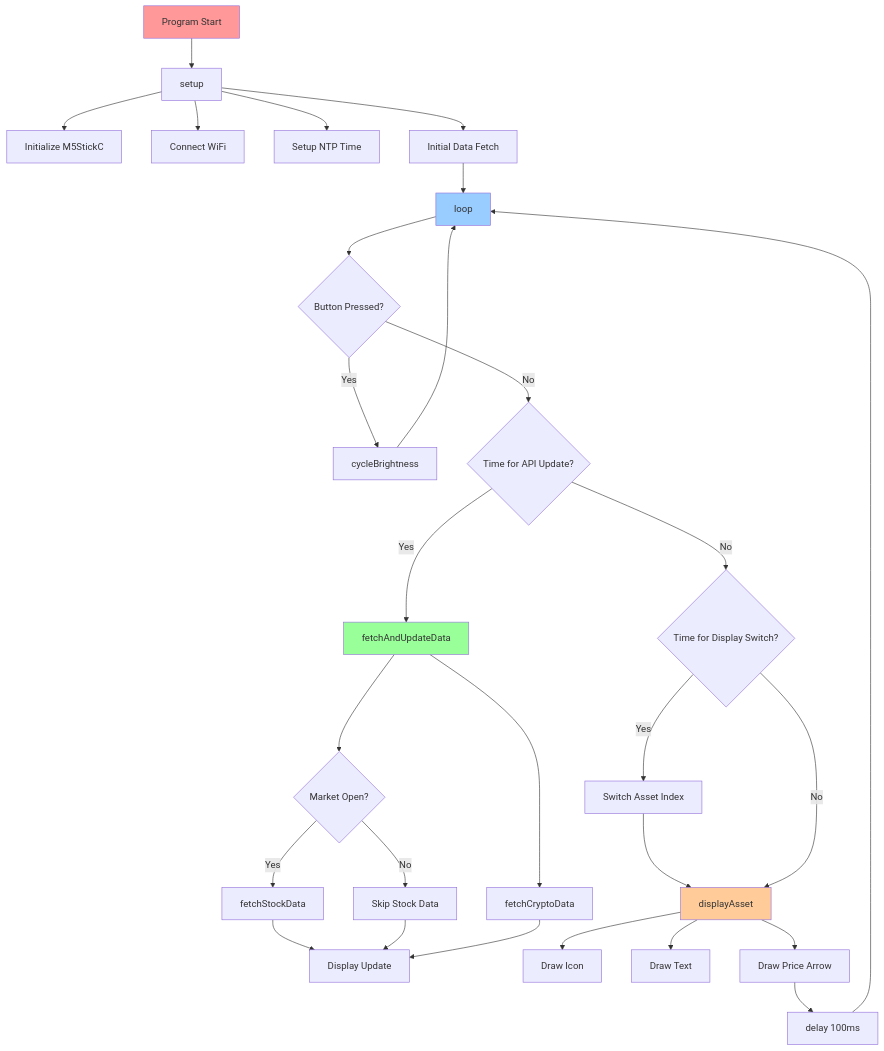
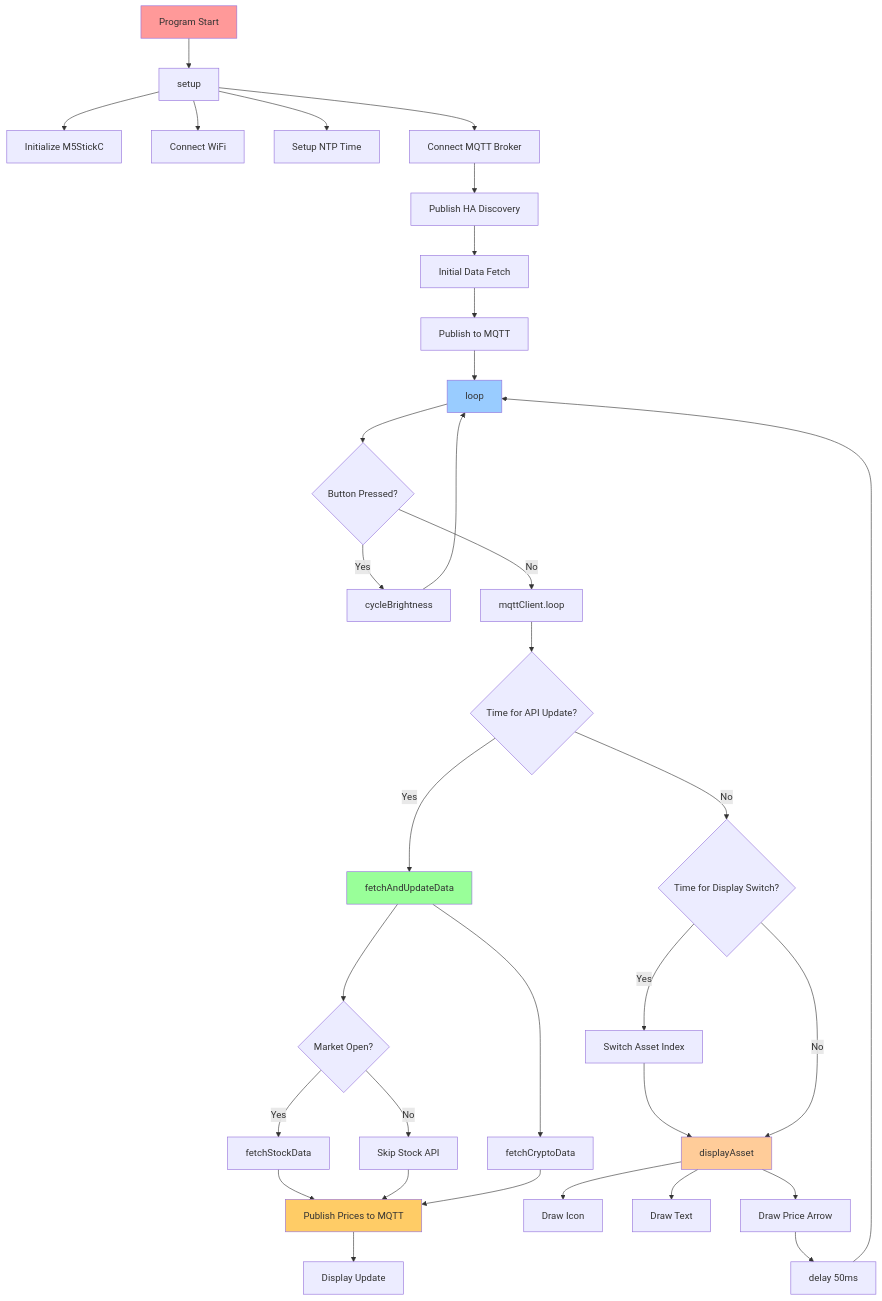
The diagram in README.md (sfrechette/crypto-price-cad), drawn with Mermaid before and after one commit. The commit also changed other lines of this file and 6 other files, not shown here.

````diff
--- a/README.md
+++ b/README.md
@@ -156,39 +226,45 @@
 ```mermaid
 flowchart TD
     A[Program Start] --> B[setup]
     B --> C[Initialize M5StickC]
     B --> D[Connect WiFi]
     B --> E[Setup NTP Time]
-    B --> F[Initial Data Fetch]
-    F --> G[loop]
+    B --> F[Connect MQTT Broker]
+    F --> G[Publish HA Discovery]
+    G --> H[Initial Data Fetch]
+    H --> I[Publish to MQTT]
+    I --> J[loop]
     
-    G --> H{Button Pressed?}
-    H -->|Yes| I[cycleBrightness]
-    I --> G
-    H -->|No| J{Time for API Update?}
+    J --> K{Button Pressed?}
+    K -->|Yes| L[cycleBrightness]
+    L --> J
+    K -->|No| M[mqttClient.loop]
+    M --> N{Time for API Update?}
     
-    J -->|Yes| K[fetchAndUpdateData]
-    K --> L[fetchCryptoData]
-    K --> M{Market Open?}
-    M -->|Yes| N[fetchStockData]
-    M -->|No| O[Skip Stock Data]
-    N --> P[Display Update]
-    O --> P
-    L --> P
+    N -->|Yes| O[fetchAndUpdateData]
+    O --> P[fetchCryptoData]
+    O --> Q{Market Open?}
+    Q -->|Yes| R[fetchStockData]
+    Q -->|No| S[Skip Stock API]
+    R --> T[Publish Prices to MQTT]
+    S --> T
+    P --> T
+    T --> U[Display Update]
     
-    J -->|No| Q{Time for Display Switch?}
-    Q -->|Yes| R[Switch Asset Index]
-    R --> S[displayAsset]
-    Q -->|No| S
+    N -->|No| V{Time for Display Switch?}
+    V -->|Yes| W[Switch Asset Index]
+    W --> X[displayAsset]
+    V -->|No| X
     
-    S --> T[Draw Icon]
-    S --> U[Draw Text]
-    S --> V[Draw Price Arrow]
-    V --> W[delay 100ms]
-    W --> G
+    X --> Y[Draw Icon]
+    X --> Z[Draw Text]
+    X --> AA[Draw Price Arrow]
+    AA --> AB[delay 50ms]
+    AB --> J
     
     style A fill:#ff9999
-    style G fill:#99ccff
-    style K fill:#99ff99
-    style S fill:#ffcc99
+    style J fill:#99ccff
+    style O fill:#99ff99
+    style T fill:#ffcc66
+    style X fill:#ffcc99
 ```
````
